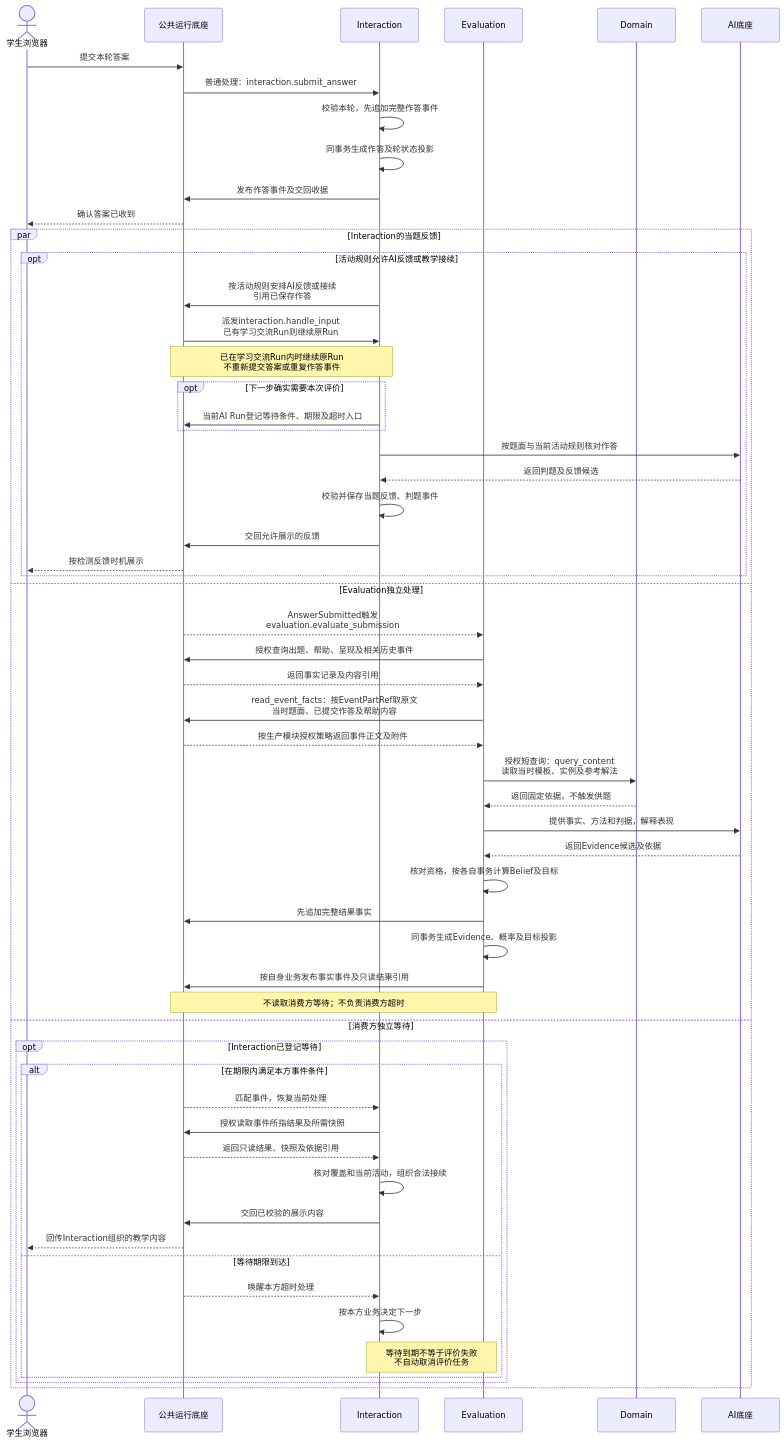
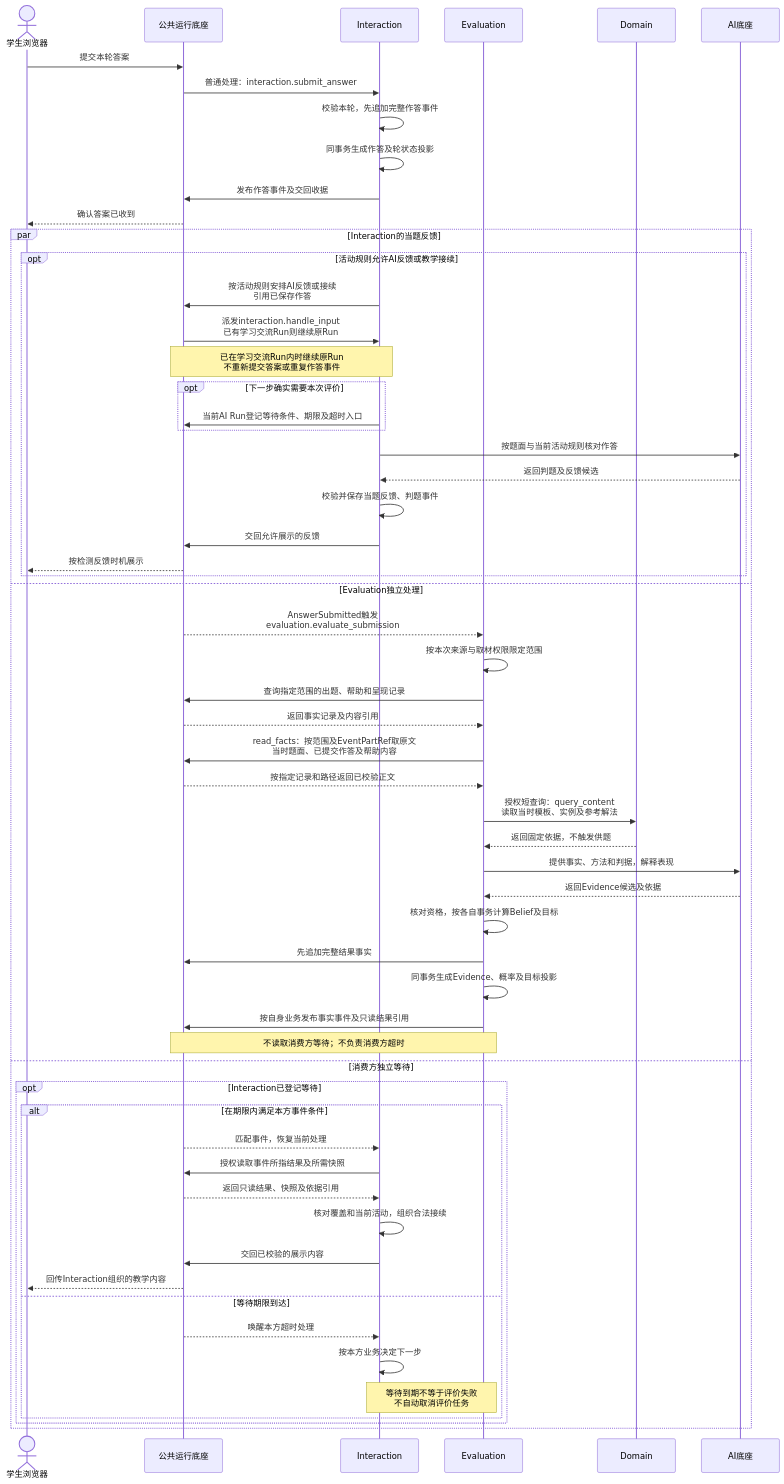
The eighth of 11 diagrams in doc/mvp/m1/engineering/System_Design.md (ivgotcrazy/deermind), drawn with Mermaid before and after one commit. The commit also changed other lines of this file and 36 other files, not shown here.

````diff
--- a/doc/mvp/m1/engineering/System_Design.md
+++ b/doc/mvp/m1/engineering/System_Design.md
@@ -442,60 +442,61 @@
 ```mermaid
 sequenceDiagram
   actor S as 学生浏览器
   participant R as 公共运行底座
   participant I as Interaction
   participant E as Evaluation
   participant D as Domain
   participant AI as AI底座
   S->>R: 提交本轮答案
   R->>I: 普通处理：interaction.submit_answer
   I->>I: 校验本轮，先追加完整作答事件
   I->>I: 同事务生成作答及轮状态投影
   I->>R: 发布作答事件及交回收据
   R-->>S: 确认答案已收到
   par Interaction的当题反馈
     opt 活动规则允许AI反馈或教学接续
     I->>R: 按活动规则安排AI反馈或接续<br/>引用已保存作答
     R->>I: 派发interaction.handle_input<br/>已有学习交流Run则继续原Run
     Note over R,I: 已在学习交流Run内时继续原Run<br/>不重新提交答案或重复作答事件
     opt 下一步确实需要本次评价
       I->>R: 当前AI Run登记等待条件、期限及超时入口
     end
     I->>AI: 按题面与当前活动规则核对作答
     AI-->>I: 返回判题及反馈候选
     I->>I: 校验并保存当题反馈、判题事件
     I->>R: 交回允许展示的反馈
     R-->>S: 按检测反馈时机展示
     end
   and Evaluation独立处理
     R-->>E: AnswerSubmitted触发<br/>evaluation.evaluate_submission
-    E->>R: 授权查询出题、帮助、呈现及相关历史事件
+    E->>E: 按本次来源与取材权限限定范围
+    E->>R: 查询指定范围的出题、帮助和呈现记录
     R-->>E: 返回事实记录及内容引用
-    E->>R: read_event_facts：按EventPartRef取原文<br/>当时题面、已提交作答及帮助内容
-    R-->>E: 按生产模块授权策略返回事件正文及附件
+    E->>R: read_facts：按范围及EventPartRef取原文<br/>当时题面、已提交作答及帮助内容
+    R-->>E: 按指定记录和路径返回已校验正文
     E->>D: 授权短查询：query_content<br/>读取当时模板、实例及参考解法
     D-->>E: 返回固定依据，不触发供题
     E->>AI: 提供事实、方法和判据，解释表现
     AI-->>E: 返回Evidence候选及依据
     E->>E: 核对资格，按各自事务计算Belief及目标
     E->>R: 先追加完整结果事实
     E->>E: 同事务生成Evidence、概率及目标投影
     E->>R: 按自身业务发布事实事件及只读结果引用
     Note over E,R: 不读取消费方等待；不负责消费方超时
   and 消费方独立等待
     opt Interaction已登记等待
       alt 在期限内满足本方事件条件
         R-->>I: 匹配事件，恢复当前处理
         I->>R: 授权读取事件所指结果及所需快照
         R-->>I: 返回只读结果、快照及依据引用
         I->>I: 核对覆盖和当前活动，组织合法接续
         I->>R: 交回已校验的展示内容
         R-->>S: 回传Interaction组织的教学内容
       else 等待期限到达
         R-->>I: 唤醒本方超时处理
         I->>I: 按本方业务决定下一步
         Note over I,E: 等待到期不等于评价失败<br/>不自动取消评价任务
       end
     end
   end
 ```
````
